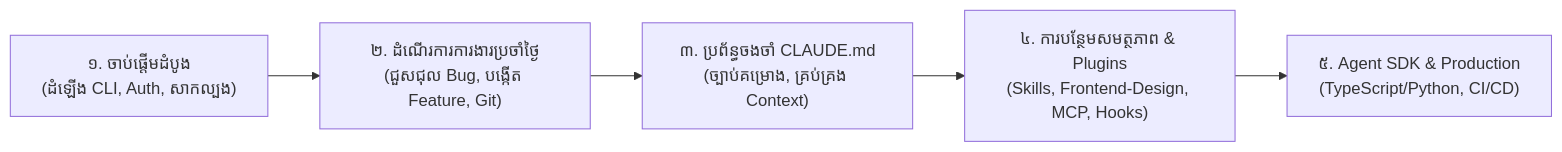
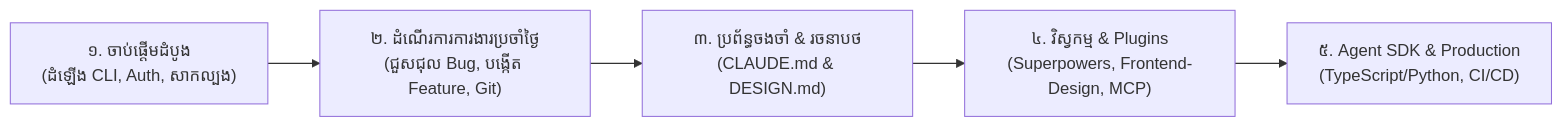
One commit to samamg/claude-code changed the diagram in README.md. Above: the diagram before and after it, drawn with Mermaid. The commit also changed other lines of this file and 6 other files, not shown here.

Commit message:
docs: add Superpowers plugin and Claude Code design system guides in English and Khmer

````diff
--- a/README.md
+++ b/README.md
@@ -30,8 +34,8 @@
 ```mermaid
 flowchart LR
     Step1["១. ចាប់ផ្តើមដំបូង<br>(ដំឡើង CLI, Auth, សាកល្បង)"]
     --> Step2["២. ដំណើរការការងារប្រចាំថ្ងៃ<br>(ជួសជុល Bug, បង្កើត Feature, Git)"]
-    --> Step3["៣. ប្រព័ន្ធចងចាំ CLAUDE.md<br>(ច្បាប់គម្រោង, គ្រប់គ្រង Context)"]
-    --> Step4["៤. ការបន្ថែមសមត្ថភាព & Plugins<br>(Skills, Frontend-Design, MCP, Hooks)"]
+    --> Step3["៣. ប្រព័ន្ធចងចាំ & រចនាបថ<br>(CLAUDE.md & DESIGN.md)"]
+    --> Step4["៤. វិស្វកម្ម & Plugins<br>(Superpowers, Frontend-Design, MCP)"]
     --> Step5["៥. Agent SDK & Production<br>(TypeScript/Python, CI/CD)"]
 ```
````
